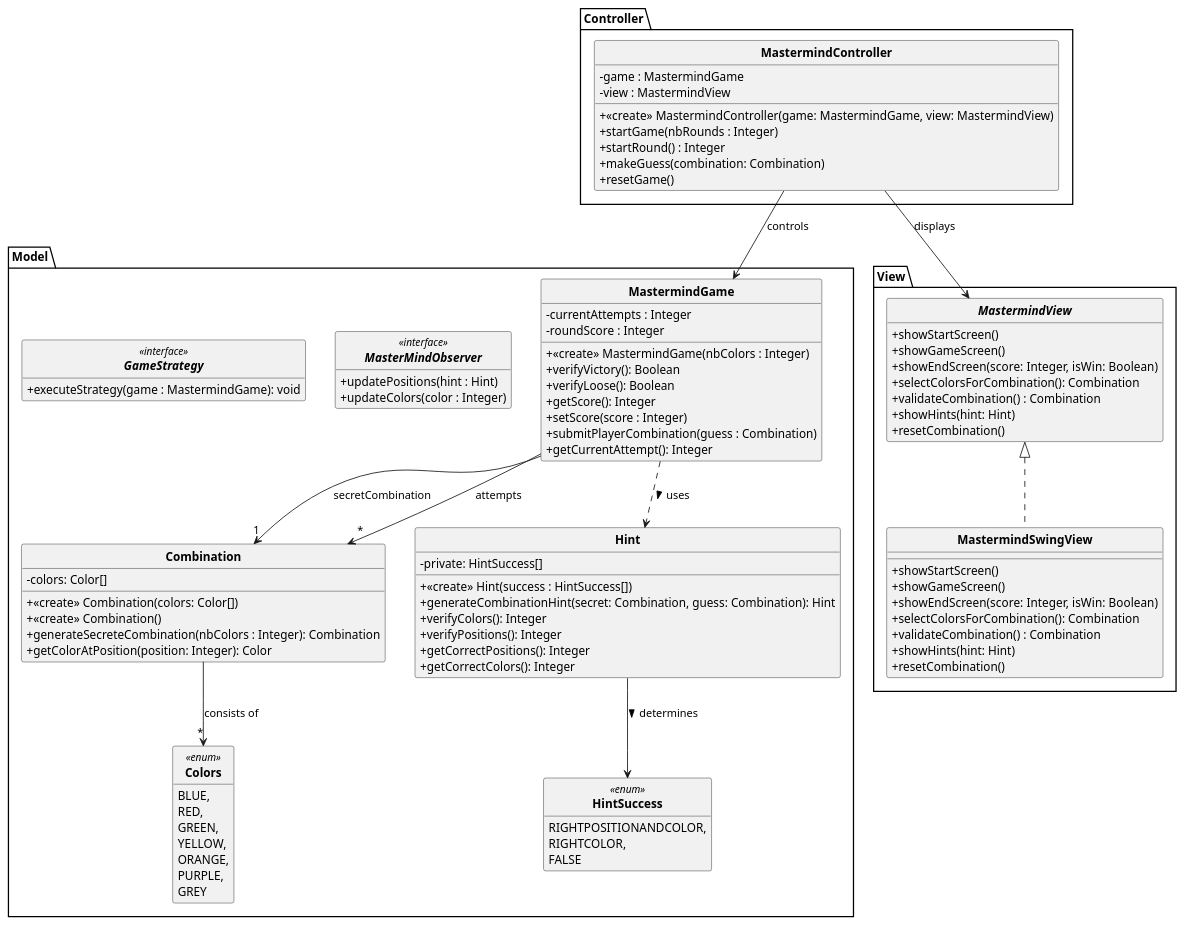
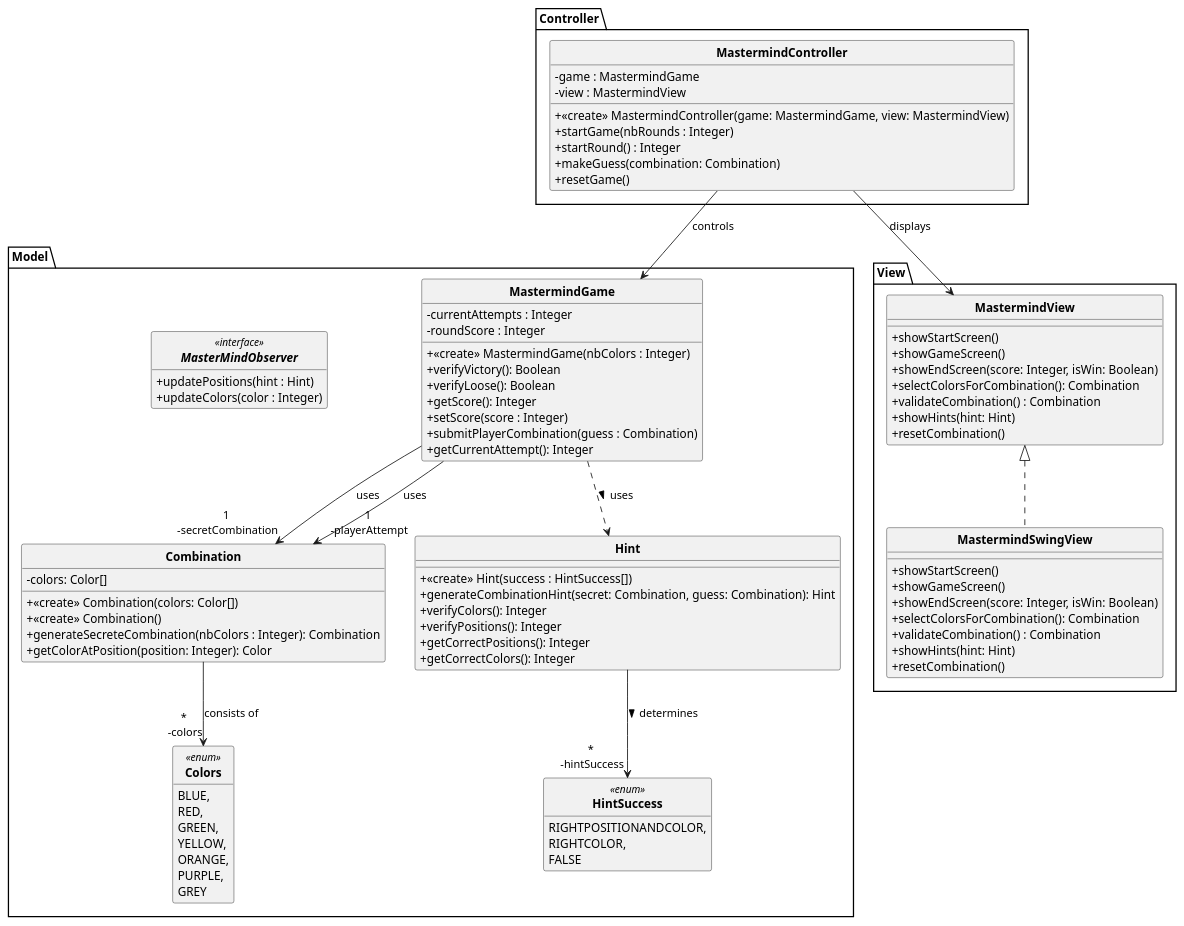
One commit to Taijin4/Mastermind changed the diagram in DCC.puml. Above: the diagram before and after it, drawn with PlantUML. The commit also changed 4 other files, not shown here.

```diff
--- a/DCC.puml
+++ b/DCC.puml
@@ -1,112 +1,107 @@
-@startuml
+ @startuml
 skinparam style strictuml
 skinparam classAttributeIconSize 0
 skinparam classFontStyle Bold
 hide enum methods
 hide interface attributes
 
 package Model {
 
     class MastermindGame {
         - currentAttempts : Integer
         - roundScore : Integer
         + <<create>> MastermindGame(nbColors : Integer)
         + verifyVictory(): Boolean
         + verifyLoose(): Boolean
         + getScore(): Integer
         + setScore(score : Integer)
         + submitPlayerCombination(guess : Combination)
         + getCurrentAttempt(): Integer
     }
 
     class Combination {
         - colors: Color[]
         + <<create>> Combination(colors: Color[])
         + <<create>> Combination()
         + generateSecreteCombination(nbColors : Integer): Combination
         + getColorAtPosition(position: Integer): Color
     }
 
     class Hint {
-        - private: HintSuccess[]
         + <<create>> Hint(success : HintSuccess[])
         + generateCombinationHint(secret: Combination, guess: Combination): Hint
         + verifyColors(): Integer
         + verifyPositions(): Integer
         + getCorrectPositions(): Integer
         + getCorrectColors(): Integer
     }
 
     enum Colors <<enum>> {
         BLUE,
         RED,
         GREEN,
         YELLOW,
         ORANGE,
         PURPLE,
         GREY
     }
 
     enum HintSuccess <<enum>> {
         RIGHTPOSITIONANDCOLOR,
         RIGHTCOLOR,
         FALSE
     }
 
     interface MasterMindObserver <<interface>> {
         + updatePositions(hint : Hint)
         + updateColors(color : Integer)
     }
 
-    interface GameStrategy <<interface>> {
-        + executeStrategy(game : MastermindGame): void
-    }
-
 }
 
 package View {
 
-    interface MastermindView {
+    class MastermindView {
         + showStartScreen()
         + showGameScreen()
         + showEndScreen(score: Integer, isWin: Boolean)
         + selectColorsForCombination(): Combination
         + validateCombination() : Combination
         + showHints(hint: Hint)
         + resetCombination()
     }
 
     class MastermindSwingView implements MastermindView {
         + showStartScreen()
         + showGameScreen()
         + showEndScreen(score: Integer, isWin: Boolean)
         + selectColorsForCombination(): Combination
         + validateCombination() : Combination
         + showHints(hint: Hint)
         + resetCombination()
     }
 
 }
 
 package Controller {
 
     class MastermindController {
         - game : MastermindGame
         - view : MastermindView
         + <<create>> MastermindController(game: MastermindGame, view: MastermindView)
         + startGame(nbRounds : Integer)
         + startRound() : Integer
         + makeGuess(combination: Combination)
         + resetGame()
     }
 
 }
 
-MastermindGame --> "1" Combination : secretCombination
-MastermindGame --> "*" Combination : attempts
+MastermindGame --> "1\n -secretCombination" Combination : uses
+MastermindGame --> "1\n -playerAttempt" Combination : uses
 MastermindController --> MastermindGame : controls
 MastermindController --> MastermindView : displays
-Combination --> "*" Colors : consists of
-Hint --> HintSuccess : determines >
+Combination --> "*\n -colors" Colors : consists of
+Hint --> "*\n -hintSuccess" HintSuccess : determines >
 MastermindGame ..> Hint : uses >
 @enduml
```
